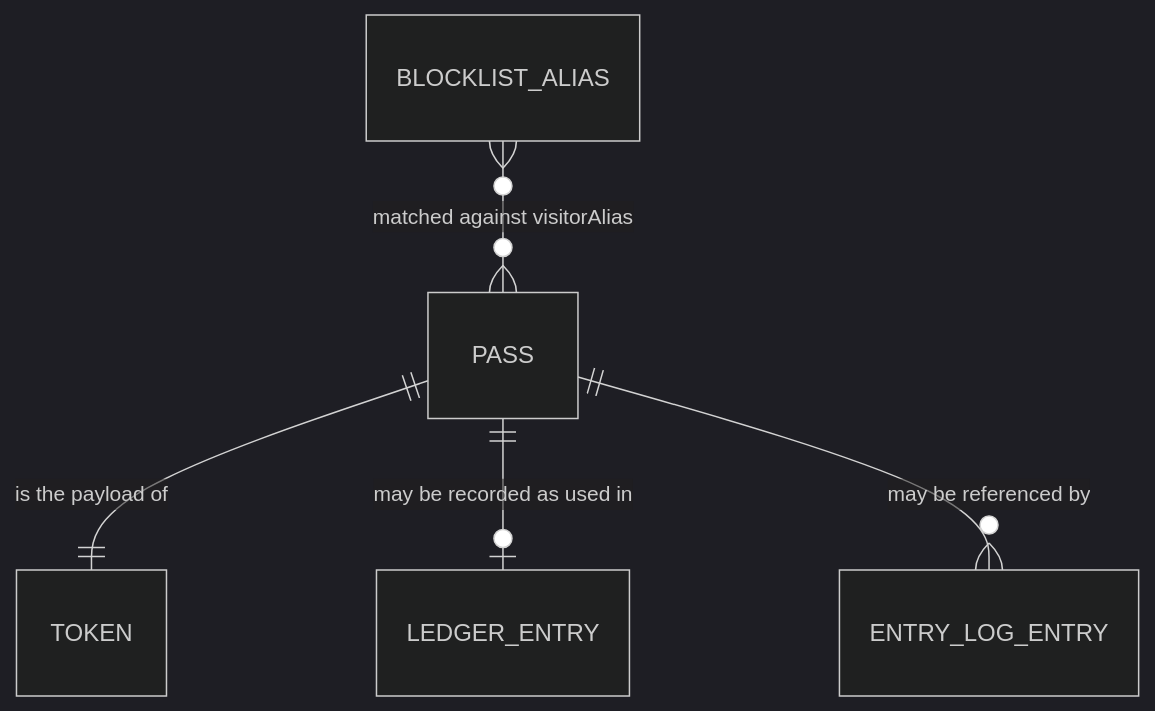
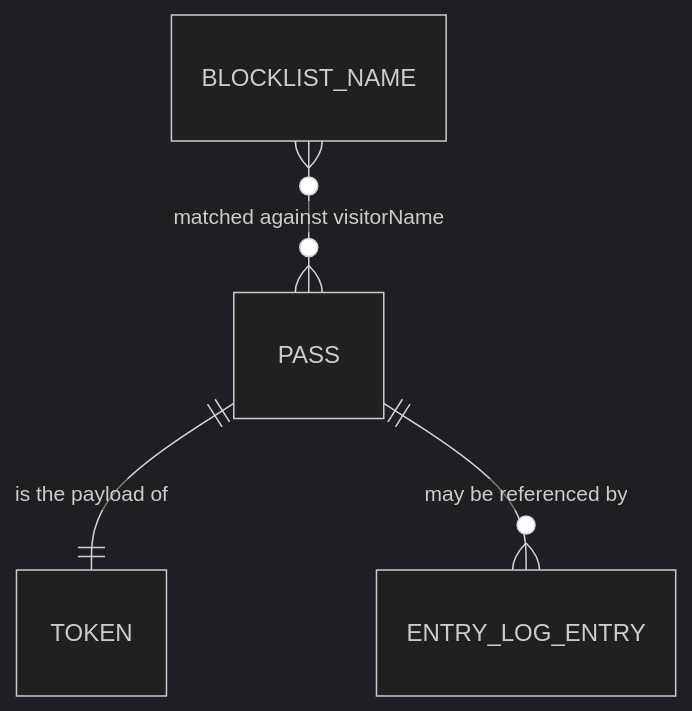
The diagram in .athanor/context/engineering/data-model.md (code-exitos/athanor-prima-workshop), drawn with Mermaid (dark theme) before and after one commit. The commit also changed other lines of this file and 38 other files, not shown here.

````diff
--- a/.athanor/context/engineering/data-model.md
+++ b/.athanor/context/engineering/data-model.md
@@ -13,7 +13,6 @@
 ```mermaid
 erDiagram
     PASS ||--|| TOKEN : "is the payload of"
-    PASS ||--o| LEDGER_ENTRY : "may be recorded as used in"
     PASS ||--o{ ENTRY_LOG_ENTRY : "may be referenced by"
-    BLOCKLIST_ALIAS }o--o{ PASS : "matched against visitorAlias"
+    BLOCKLIST_NAME }o--o{ PASS : "matched against visitorName"
 ```
````
